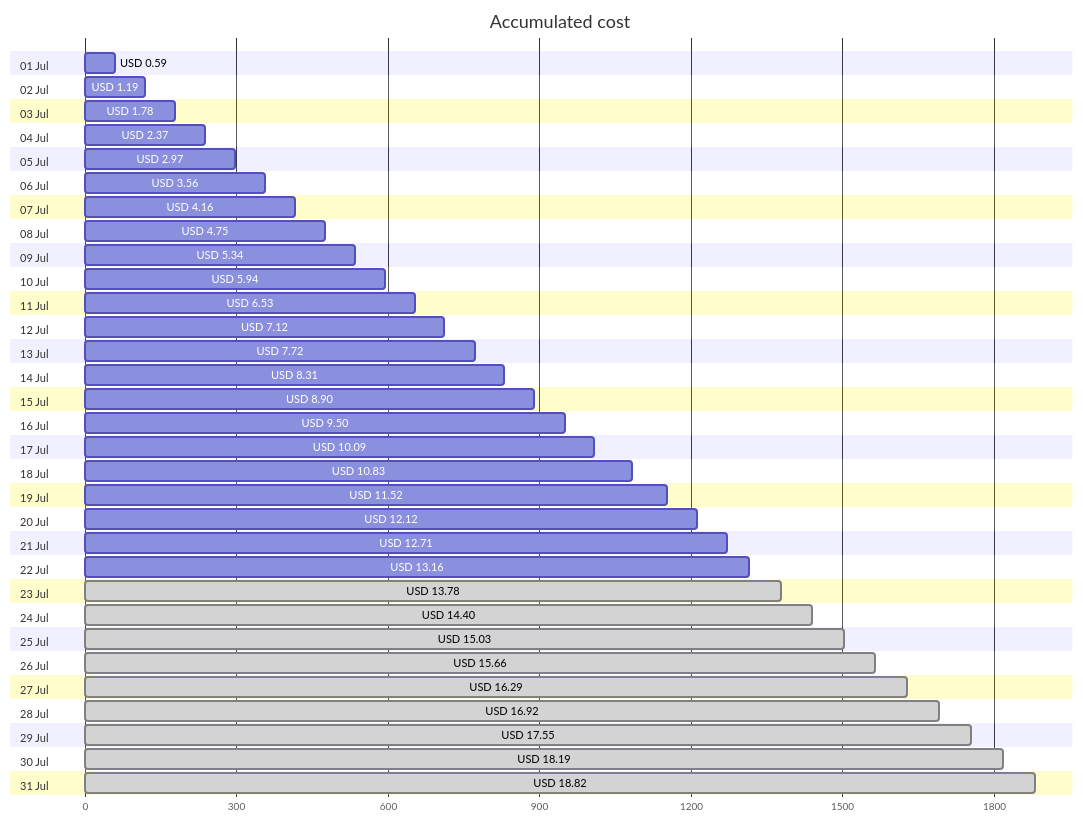
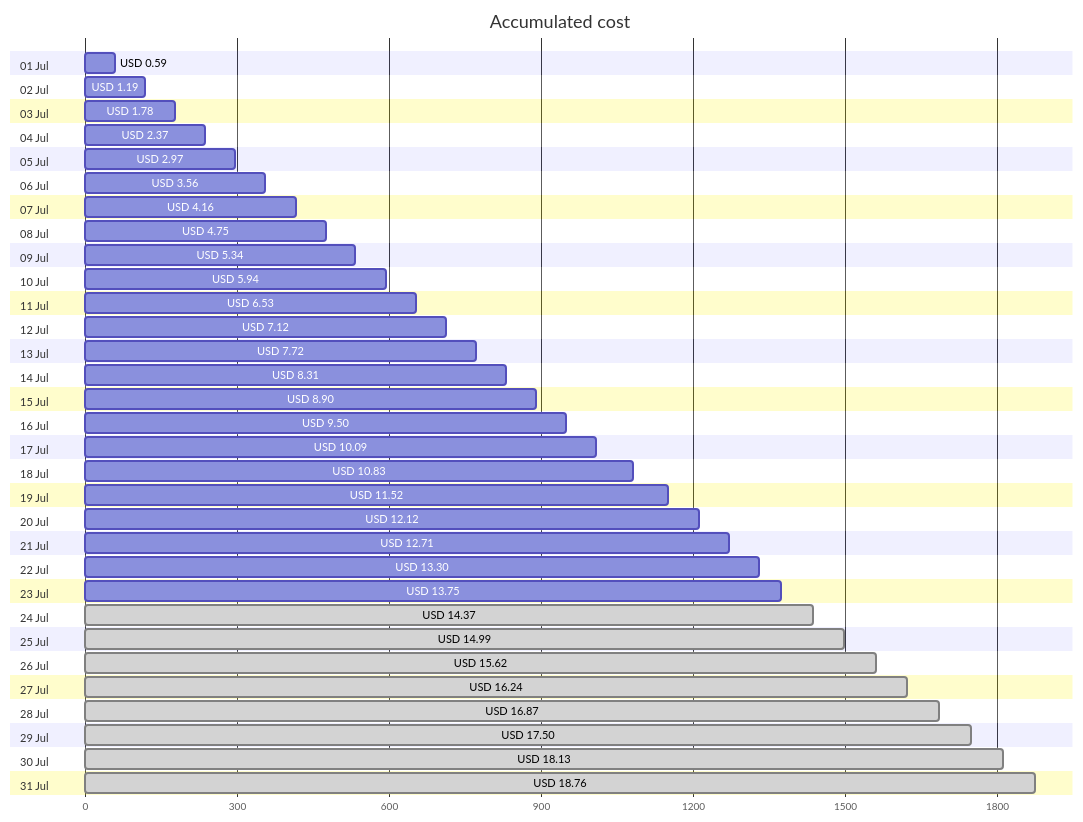
Before and after one commit to jpfulton/azure-personal-reports: the first of 4 diagrams in cost-reports/personal-site/README.md, drawn with Mermaid. The commit also changed other lines of this file and 6 other files, not shown here.

````diff
--- a/cost-reports/personal-site/README.md
+++ b/cost-reports/personal-site/README.md
@@ -20,68 +20,68 @@
 ```mermaid
 gantt
    title Accumulated cost
    dateFormat  X
    axisFormat %s
    section 01 Jul
    USD 0.59 :0, 59
    section 02 Jul
    USD 1.19 :0, 119
    section 03 Jul
    USD 1.78 :0, 178
    section 04 Jul
    USD 2.37 :0, 237
    section 05 Jul
    USD 2.97 :0, 297
    section 06 Jul
    USD 3.56 :0, 356
    section 07 Jul
    USD 4.16 :0, 416
    section 08 Jul
    USD 4.75 :0, 475
    section 09 Jul
    USD 5.34 :0, 534
    section 10 Jul
    USD 5.94 :0, 594
    section 11 Jul
    USD 6.53 :0, 653
    section 12 Jul
    USD 7.12 :0, 712
    section 13 Jul
    USD 7.72 :0, 772
    section 14 Jul
    USD 8.31 :0, 831
    section 15 Jul
    USD 8.90 :0, 890
    section 16 Jul
    USD 9.50 :0, 950
    section 17 Jul
    USD 10.09 :0, 1009
    section 18 Jul
    USD 10.83 :0, 1083
    section 19 Jul
    USD 11.52 :0, 1152
    section 20 Jul
    USD 12.12 :0, 1212
    section 21 Jul
    USD 12.71 :0, 1271
    section 22 Jul
-   USD 13.16 :0, 1316
+   USD 13.30 :0, 1330
    section 23 Jul
-   USD 13.78 : done, 0, 1378
+   USD 13.75 :0, 1375
    section 24 Jul
-   USD 14.40 : done, 0, 1440
+   USD 14.37 : done, 0, 1437
    section 25 Jul
-   USD 15.03 : done, 0, 1503
+   USD 14.99 : done, 0, 1499
    section 26 Jul
-   USD 15.66 : done, 0, 1566
+   USD 15.62 : done, 0, 1562
    section 27 Jul
-   USD 16.29 : done, 0, 1629
+   USD 16.24 : done, 0, 1624
    section 28 Jul
-   USD 16.92 : done, 0, 1692
+   USD 16.87 : done, 0, 1687
    section 29 Jul
-   USD 17.55 : done, 0, 1755
+   USD 17.50 : done, 0, 1750
    section 30 Jul
-   USD 18.19 : done, 0, 1819
+   USD 18.13 : done, 0, 1813
    section 31 Jul
-   USD 18.82 : done, 0, 1882
+   USD 18.76 : done, 0, 1876
 ```
````
